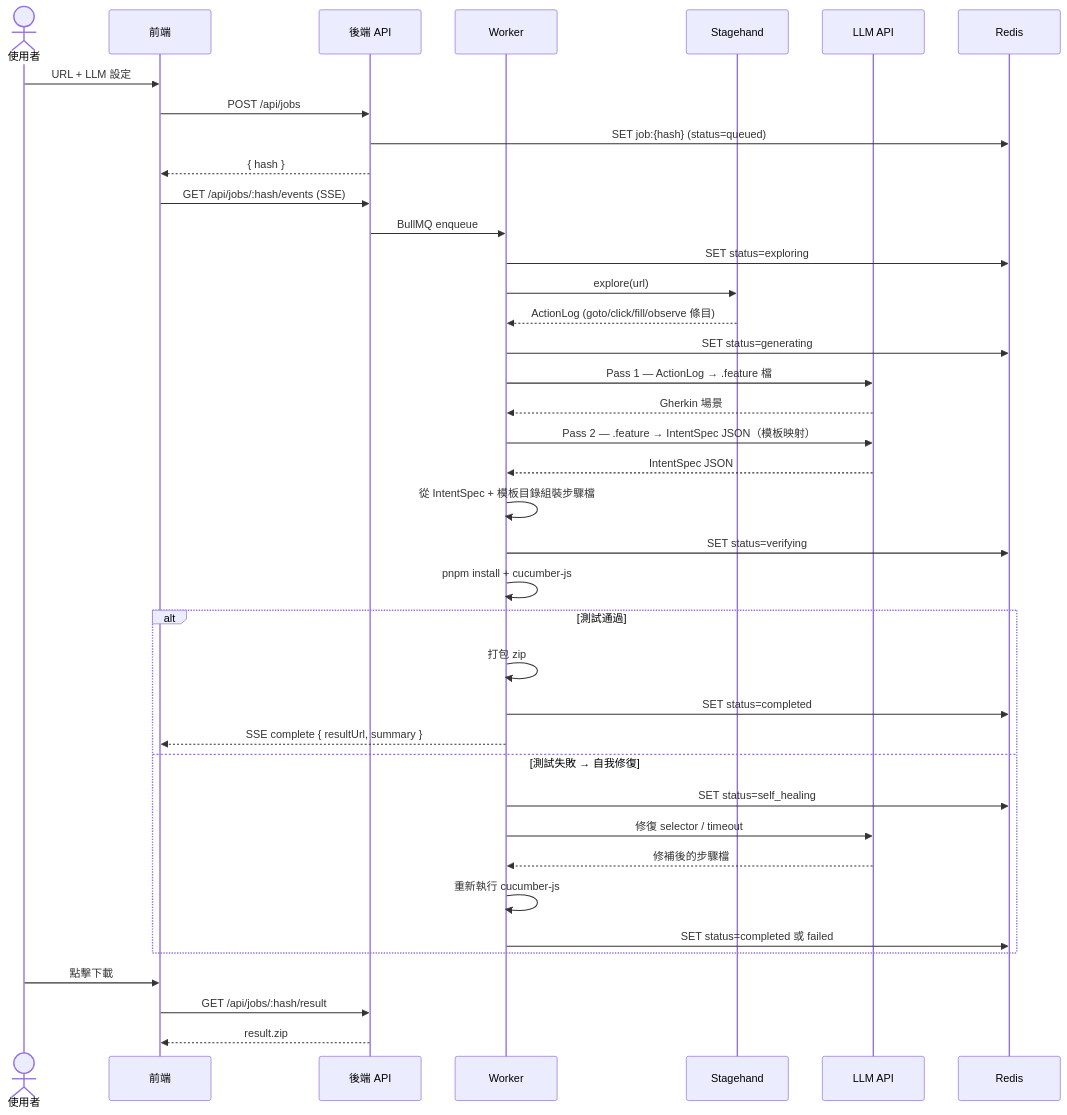
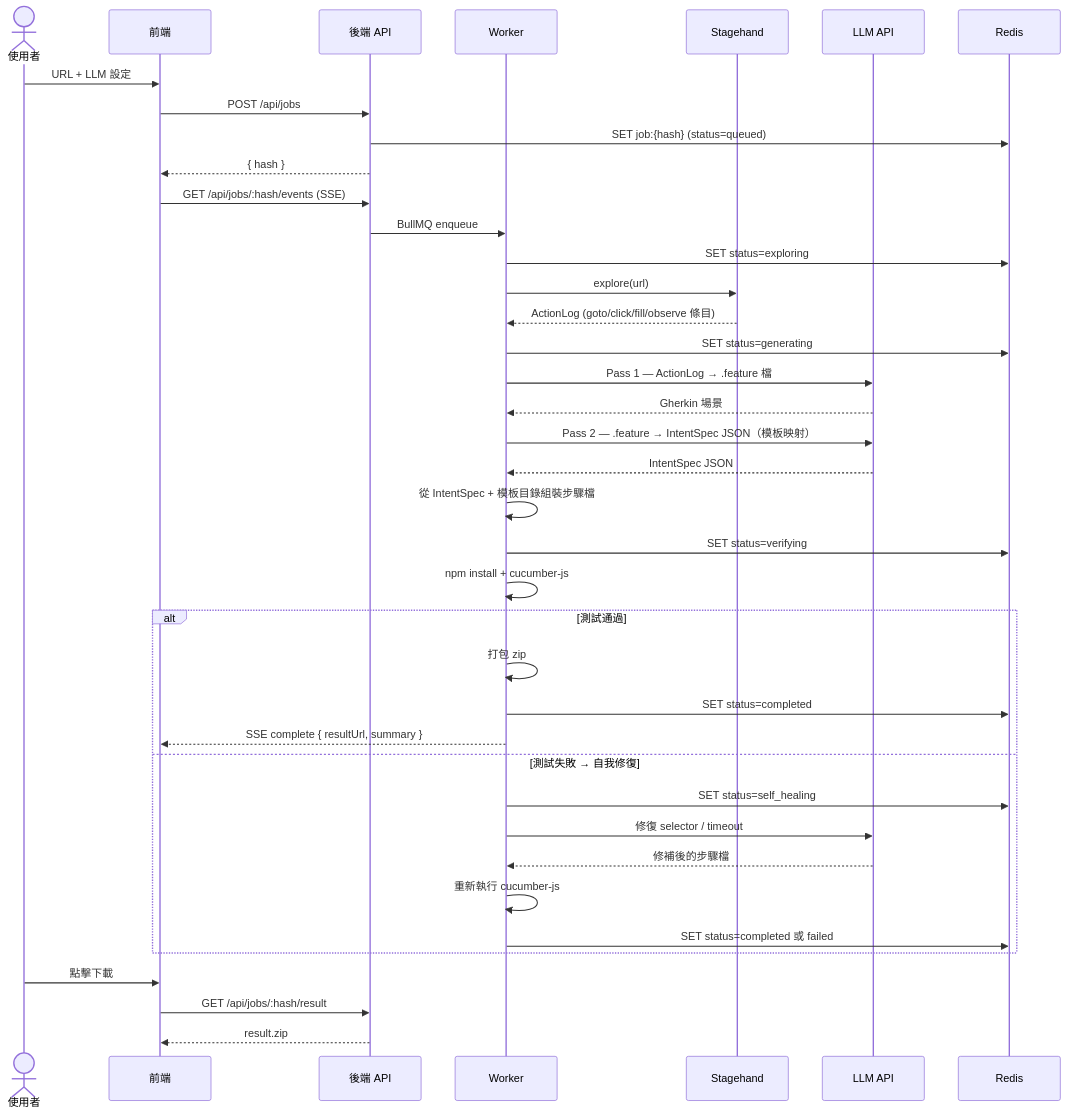
The third of 3 diagrams in README.zh-TW.md (iskWang/PickleScout), drawn with Mermaid before and after one commit. The commit also changed other lines of this file and 23 other files, not shown here.

````diff
--- a/README.zh-TW.md
+++ b/README.zh-TW.md
@@ -98,46 +98,46 @@
 ```mermaid
 sequenceDiagram
     actor U as 使用者
     participant F as 前端
     participant B as 後端 API
     participant W as Worker
     participant S as Stagehand
     participant L as LLM API
     participant R as Redis
 
     U->>F: URL + LLM 設定
     F->>B: POST /api/jobs
     B->>R: SET job:{hash} (status=queued)
     B-->>F: { hash }
     F->>B: GET /api/jobs/:hash/events (SSE)
 
     B->>W: BullMQ enqueue
     W->>R: SET status=exploring
     W->>S: explore(url)
     S-->>W: ActionLog (goto/click/fill/observe 條目)
 
     W->>R: SET status=generating
     W->>L: Pass 1 — ActionLog → .feature 檔
     L-->>W: Gherkin 場景
     W->>L: Pass 2 — .feature → IntentSpec JSON（模板映射）
     L-->>W: IntentSpec JSON
     W->>W: 從 IntentSpec + 模板目錄組裝步驟檔
 
     W->>R: SET status=verifying
-    W->>W: pnpm install + cucumber-js
+    W->>W: npm install + cucumber-js
     alt 測試通過
         W->>W: 打包 zip
         W->>R: SET status=completed
         W-->>F: SSE complete { resultUrl, summary }
     else 測試失敗 → 自我修復
         W->>R: SET status=self_healing
         W->>L: 修復 selector / timeout
         L-->>W: 修補後的步驟檔
         W->>W: 重新執行 cucumber-js
         W->>R: SET status=completed 或 failed
     end
 
     U->>F: 點擊下載
     F->>B: GET /api/jobs/:hash/result
     B-->>F: result.zip
 ```
````
